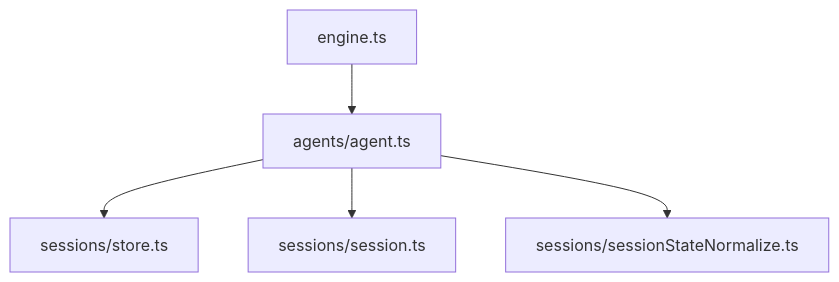
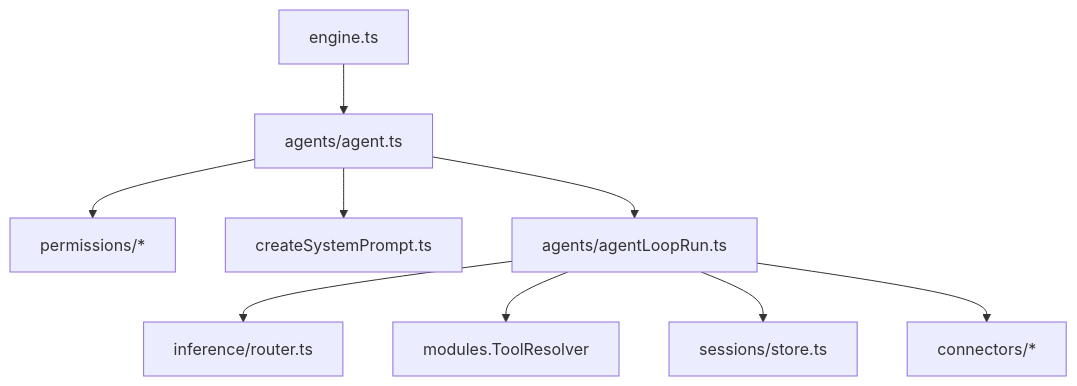
One commit to ex3ndr/claybot changed the diagram in docs/engine-agent.md. Above: the diagram before and after it, drawn with Mermaid. The commit also changed other lines of this file and 5 other files, not shown here.

Commit message:
refactor(engine): move agent loop into agents

````diff
--- a/docs/engine-agent.md
+++ b/docs/engine-agent.md
@@ -5,7 +9,11 @@
 ```mermaid
 flowchart TD
   Engine[engine.ts] --> Agent[agents/agent.ts]
-  Agent --> Store[sessions/store.ts]
-  Agent --> Session[sessions/session.ts]
-  Agent --> StateNorm[sessions/sessionStateNormalize.ts]
+  Agent --> Perms[permissions/*]
+  Agent --> Prompt[createSystemPrompt.ts]
+  Agent --> Loop[agents/agentLoopRun.ts]
+  Loop --> Inference[inference/router.ts]
+  Loop --> Tools[modules.ToolResolver]
+  Loop --> Store[sessions/store.ts]
+  Loop --> Connector[connectors/*]
 ```
````
